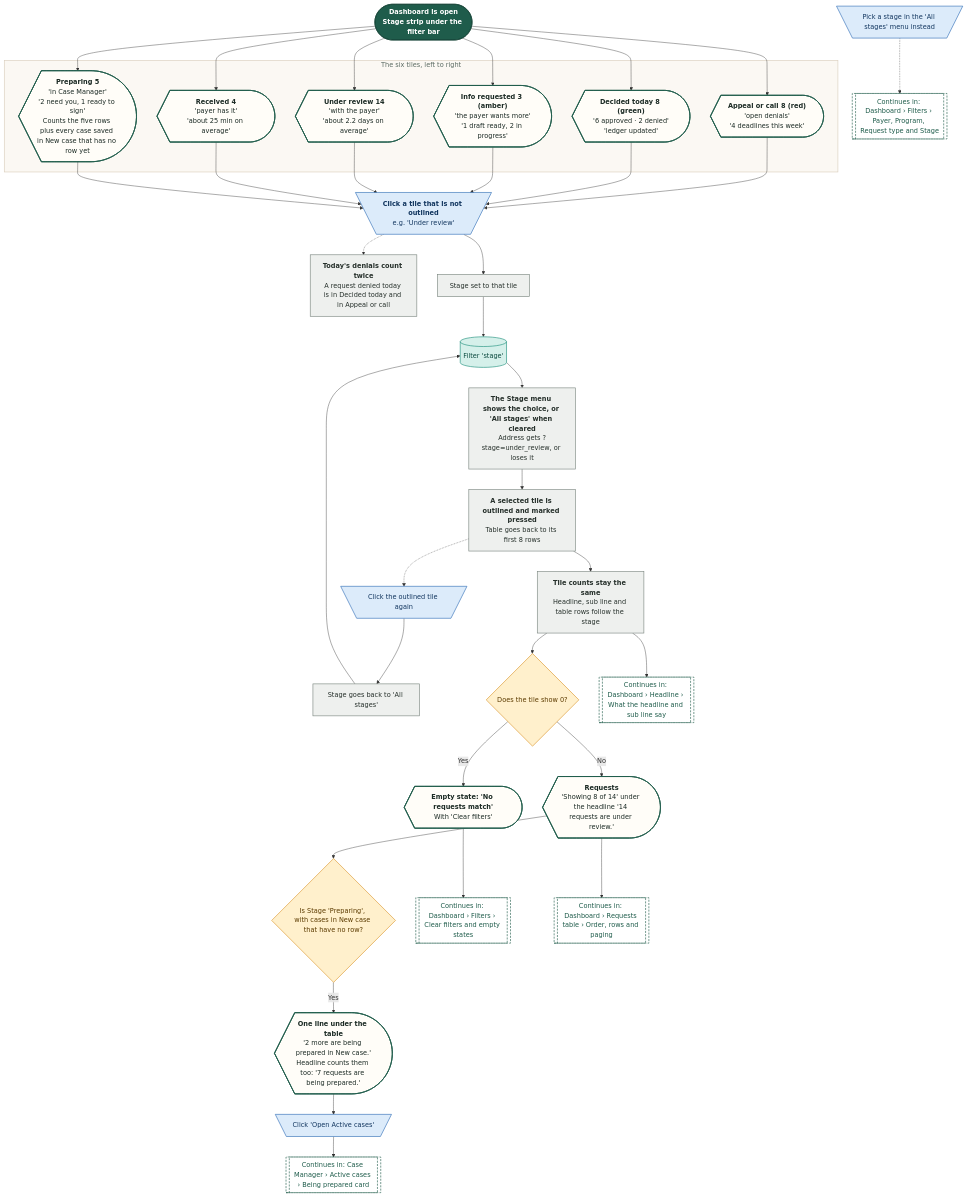
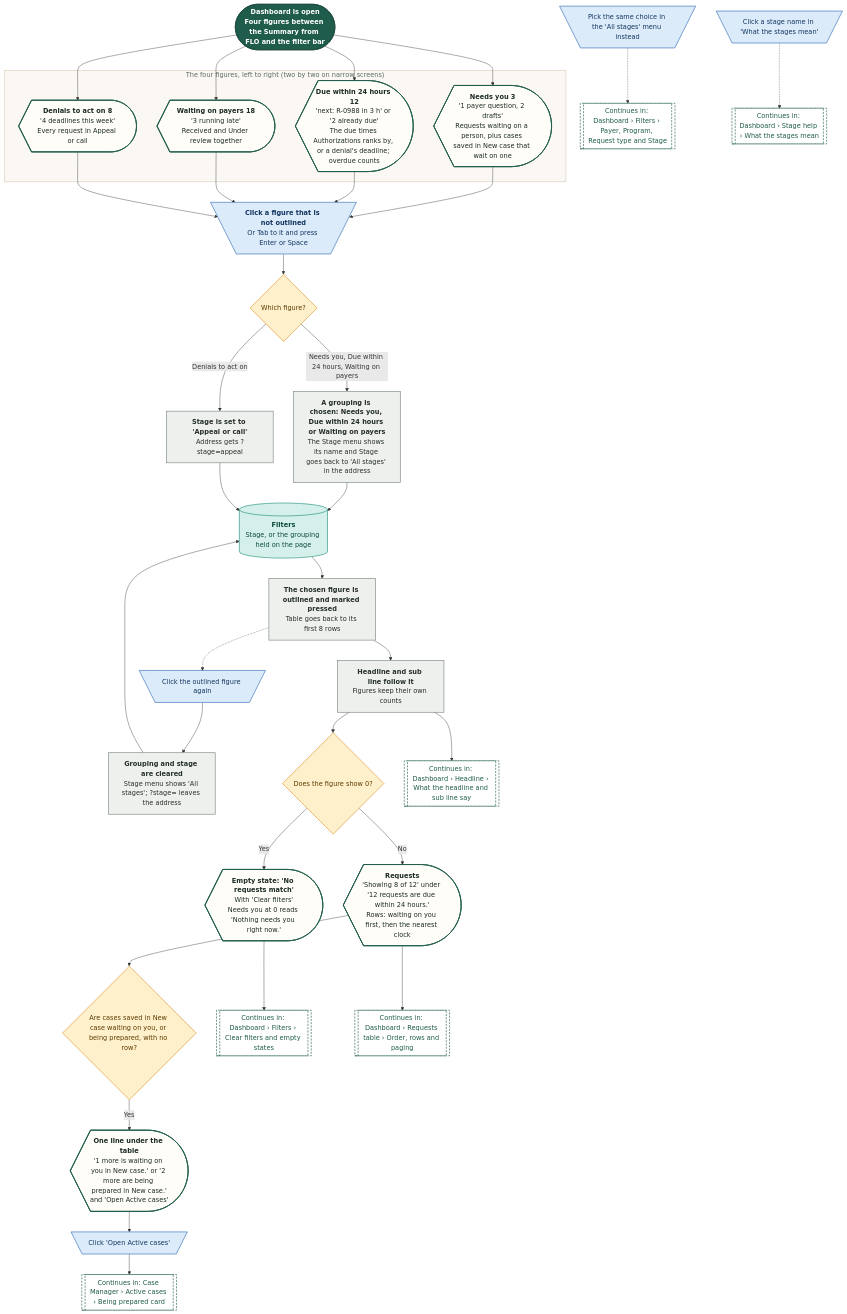
One commit to Shrav143/psyfloapp changed the ninth of 21 diagrams in demos/prior-auth-demo/workflows/out/md/02-dashboard.md. Above: the diagram before and after it, drawn with Mermaid. The commit also changed other lines of this file and 192 other files, not shown here.

First line of the commit message:
docs: changelog by sidebar tab; README, diagrams and Settings layout aligned with the refinement; shared InfoTip; referral cost-share line

````diff
--- a/demos/prior-auth-demo/workflows/out/md/02-dashboard.md
+++ b/demos/prior-auth-demo/workflows/out/md/02-dashboard.md
@@ -579,74 +686,77 @@
 ```mermaid
 %%{init: {"theme":"base","themeVariables":{"fontFamily":"'DM Sans', 'Segoe UI', system-ui, sans-serif","fontSize":"15px","lineColor":"#5B6B63","primaryTextColor":"#1C2B25","clusterBkg":"#FBF8F3","clusterBorder":"#D9CDBB","edgeLabelBackground":"#FFFFFF"},"flowchart":{"curve":"basis","nodeSpacing":36,"rankSpacing":48,"padding":12,"htmlLabels":true,"useMaxWidth":false,"wrappingWidth":230}} }%%
 flowchart TD
   classDef k_start fill:#1F5C4B,stroke:#174638,color:#FFFFFF,stroke-width:1.5px,font-weight:600
   classDef k_end fill:#DDEFE3,stroke:#2E7D4F,color:#14502F,stroke-width:1.5px,font-weight:600
   classDef k_endx fill:#FBE3E0,stroke:#C0392B,color:#7A1F16,stroke-width:1.5px,font-weight:600
   classDef k_screen fill:#FFFDF8,stroke:#1F5C4B,color:#1C2B25,stroke-width:2px
   classDef k_overlay fill:#F1F7F3,stroke:#1F5C4B,color:#1C2B25,stroke-width:2px,stroke-dasharray:5 3
   classDef k_click fill:#DCEBFA,stroke:#2F6DB5,color:#12365F,stroke-width:1.5px
   classDef k_input fill:#E4E7FF,stroke:#4C5FD5,color:#1D2670,stroke-width:1.5px
   classDef k_process fill:#EEF0EE,stroke:#7A857F,color:#26302B,stroke-width:1.5px
   classDef k_agent fill:#EEE5FA,stroke:#7A4FC2,color:#341A63,stroke-width:1.5px
   classDef k_decision fill:#FFF0CC,stroke:#D9962B,color:#5C3B00,stroke-width:1.5px
   classDef k_store fill:#D5F0EA,stroke:#1C8E7B,color:#0B4A3F,stroke-width:1.5px
   classDef k_doc fill:#F6E9DC,stroke:#B07A4C,color:#4A2E14,stroke-width:1.5px
   classDef k_ext fill:#FFE6D2,stroke:#E07B39,color:#6B2F06,stroke-width:1.5px
   classDef k_wait fill:#E4E8EE,stroke:#6B7C93,color:#26303D,stroke-width:1.5px
   classDef k_toast fill:#FFF9DB,stroke:#C9A400,color:#5A4A00,stroke-width:1.5px
   classDef k_goto fill:#FFFFFF,stroke:#1F5C4B,color:#1F5C4B,stroke-width:1.5px,stroke-dasharray:5 3
-  s1@{ shape: stadium, label: "<b>Dashboard is open</b><br/>Stage strip under the filter bar" }
-  subgraph gTiles ["The six tiles, left to right"]
-  t1@{ shape: curv-trap, label: "<b>Preparing 5</b><br/>'in Case Manager'<br/>'2 need you, 1 ready to sign'<br/>Counts the five rows plus every case saved in New case that has no row yet" }
-  t2@{ shape: curv-trap, label: "<b>Received 4</b><br/>'payer has it'<br/>'about 25 min on average'" }
-  t3@{ shape: curv-trap, label: "<b>Under review 14</b><br/>'with the payer'<br/>'about 2.2 days on average'" }
-  t4@{ shape: curv-trap, label: "<b>Info requested 3 (amber)</b><br/>'the payer wants more'<br/>'1 draft ready, 2 in progress'" }
-  t5@{ shape: curv-trap, label: "<b>Decided today 8 (green)</b><br/>'6 approved · 2 denied'<br/>'ledger updated'" }
-  t6@{ shape: curv-trap, label: "<b>Appeal or call 8 (red)</b><br/>'open denials'<br/>'4 deadlines this week'" }
+  s1@{ shape: stadium, label: "<b>Dashboard is open</b><br/>Four figures between the Summary from FLO and the filter bar" }
+  subgraph gFig ["The four figures, left to right (two by two on narrow screens)"]
+  t1@{ shape: curv-trap, label: "<b>Needs you 3</b><br/>'1 payer question, 2 drafts'<br/>Requests waiting on a person, plus cases saved in New case that wait on one" }
+  t2@{ shape: curv-trap, label: "<b>Due within 24 hours 12</b><br/>'next: R-0988 in 3 h' or '2 already due'<br/>The due times Authorizations ranks by, or a denial's deadline; overdue counts" }
+  t3@{ shape: curv-trap, label: "<b>Waiting on payers 18</b><br/>'3 running late'<br/>Received and Under review together" }
+  t4@{ shape: curv-trap, label: "<b>Denials to act on 8</b><br/>'4 deadlines this week'<br/>Every request in Appeal or call" }
   end
-  p0@{ shape: rect, label: "<b>Today's denials count twice</b><br/>A request denied today is in Decided today and in Appeal or call" }
-  c1@{ shape: trap-t, label: "<b>Click a tile that is not outlined</b><br/>e.g. 'Under review'" }
-  c2@{ shape: trap-t, label: "Click the outlined tile again" }
-  p1@{ shape: rect, label: "Stage set to that tile" }
-  p2@{ shape: rect, label: "Stage goes back to 'All stages'" }
-  w1@{ shape: cyl, label: "Filter 'stage'" }
-  p3@{ shape: rect, label: "<b>The Stage menu shows the choice, or 'All stages' when cleared</b><br/>Address gets ?stage=under_review, or loses it" }
-  p4@{ shape: rect, label: "<b>A selected tile is outlined and marked pressed</b><br/>Table goes back to its first 8 rows" }
-  p5@{ shape: rect, label: "<b>Tile counts stay the same</b><br/>Headline, sub line and table rows follow the stage" }
-  sc@{ shape: curv-trap, label: "<b>Requests</b><br/>'Showing 8 of 14' under the headline '14 requests are under review.'" }
-  d2@{ shape: diam, label: "Does the tile show 0?" }
-  em@{ shape: curv-trap, label: "<b>Empty state: 'No requests match'</b><br/>With 'Clear filters'" }
-  d3@{ shape: diam, label: "Is Stage 'Preparing', with cases in New case that have no row?" }
-  ml@{ shape: curv-trap, label: "<b>One line under the table</b><br/>'2 more are being prepared in New case.'<br/>Headline counts them too: '7 requests are being prepared.'" }
+  c1@{ shape: trap-t, label: "<b>Click a figure that is not outlined</b><br/>Or Tab to it and press Enter or Space" }
+  c2@{ shape: trap-t, label: "Click the outlined figure again" }
+  d1@{ shape: diam, label: "Which figure?" }
+  p1@{ shape: rect, label: "<b>A grouping is chosen: Needs you, Due within 24 hours or Waiting on payers</b><br/>The Stage menu shows its name and Stage goes back to 'All stages' in the address" }
+  p1b@{ shape: rect, label: "<b>Stage is set to 'Appeal or call'</b><br/>Address gets ?stage=appeal" }
+  p2@{ shape: rect, label: "<b>Grouping and stage are cleared</b><br/>Stage menu shows 'All stages'; ?stage= leaves the address" }
+  w1@{ shape: cyl, label: "<b>Filters</b><br/>Stage, or the grouping held on the page" }
+  p4@{ shape: rect, label: "<b>The chosen figure is outlined and marked pressed</b><br/>Table goes back to its first 8 rows" }
+  p5@{ shape: rect, label: "<b>Headline and sub line follow it</b><br/>Figures keep their own counts" }
+  sc@{ shape: curv-trap, label: "<b>Requests</b><br/>'Showing 8 of 12' under '12 requests are due within 24 hours.'<br/>Rows: waiting on you first, then the nearest clock" }
+  d2@{ shape: diam, label: "Does the figure show 0?" }
+  em@{ shape: curv-trap, label: "<b>Empty state: 'No requests match'</b><br/>With 'Clear filters'<br/>Needs you at 0 reads 'Nothing needs you right now.'" }
+  d3@{ shape: diam, label: "Are cases saved in New case waiting on you, or being prepared, with no row?" }
+  ml@{ shape: curv-trap, label: "<b>One line under the table</b><br/>'1 more is waiting on you in New case.' or '2 more are being prepared in New case.'<br/>and 'Open Active cases'" }
   c3@{ shape: trap-t, label: "Click 'Open Active cases'" }
-  g5@{ shape: subproc, label: "Continues in: Case Manager › Active cases › Being prepared card" }
-  m1@{ shape: trap-t, label: "Pick a stage in the 'All stages' menu instead" }
+  m1@{ shape: trap-t, label: "Pick the same choice in the 'All stages' menu instead" }
+  m2@{ shape: trap-t, label: "Click a stage name in 'What the stages mean'" }
   g1@{ shape: subproc, label: "Continues in: Dashboard › Headline › What the headline and sub line say" }
   g2@{ shape: subproc, label: "Continues in: Dashboard › Filters › Clear filters and empty states" }
   g3@{ shape: subproc, label: "Continues in: Dashboard › Requests table › Order, rows and paging" }
   g4@{ shape: subproc, label: "Continues in: Dashboard › Filters › Payer, Program, Request type and Stage" }
-  s1 --> t6 & t5 & t4 & t3 & t2 & t1
-  c1 -.-> p0
-  t6 & t5 & t4 & t3 & t2 & t1 --> c1
+  g5@{ shape: subproc, label: "Continues in: Case Manager › Active cases › Being prepared card" }
+  g6@{ shape: subproc, label: "Continues in: Dashboard › Stage help › What the stages mean" }
+  s1 --> t1 & t2 & t3 & t4
+  t1 & t2 & t3 & t4 --> c1
+  c1 --> d1
+  d1 -->|"Needs you, Due within 24 hours, Waiting on payers"| p1
+  d1 -->|"Denials to act on"| p1b
   p4 -.-> c2
-  c1 --> p1
   c2 --> p2
-  m1 -.-> g4
   p1 --> w1
+  p1b --> w1
   p2 --> w1
-  w1 --> p3 --> p4 --> p5
+  w1 --> p4 --> p5
   p5 --> g1
   p5 --> d2
   d2 -->|"No"| sc --> g3
   d2 -->|"Yes"| em --> g2
   sc --> d3
   d3 -->|"Yes"| ml --> c3 --> g5
+  m1 -.-> g4
+  m2 -.-> g6
   class s1 k_start
-  class t1,t2,t3,t4,t5,t6,sc,em,ml k_screen
-  class p0,p1,p2,p3,p4,p5 k_process
-  class c1,c2,c3,m1 k_click
+  class t1,t2,t3,t4,sc,em,ml k_screen
+  class c1,c2,c3,m1,m2 k_click
+  class d1,d2,d3 k_decision
+  class p1,p1b,p2,p4,p5 k_process
   class w1 k_store
-  class d2,d3 k_decision
-  class g5,g1,g2,g3,g4 k_goto
-  style gTiles fill:#FBF8F3,stroke:#D9CDBB,stroke-width:1.5px,color:#5B6B63
+  class g1,g2,g3,g4,g5,g6 k_goto
+  style gFig fill:#FBF8F3,stroke:#D9CDBB,stroke-width:1.5px,color:#5B6B63
 ```
````
